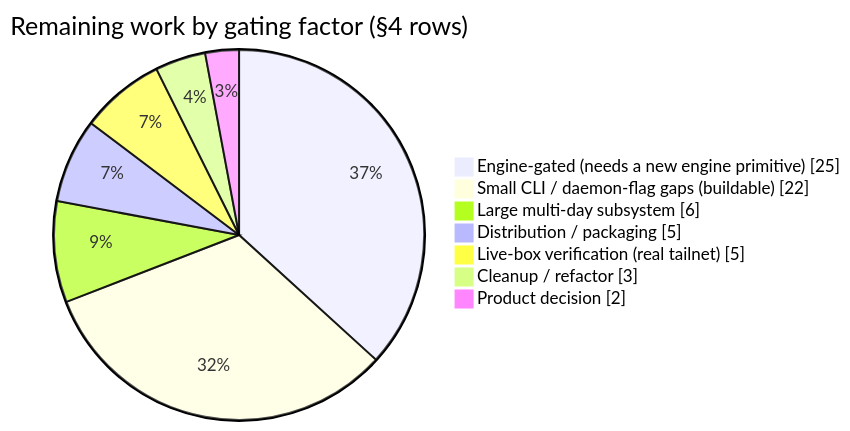
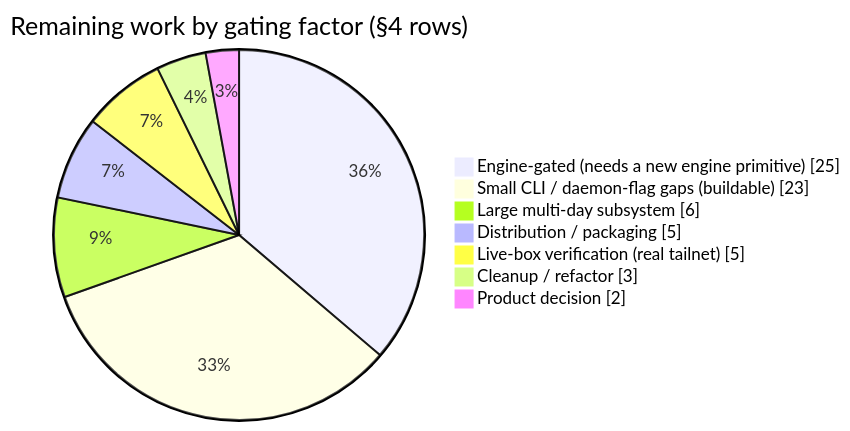
The first of 3 diagrams in docs/PARITY_GAP_ANALYSIS.md (GeiserX/tailscaled-rs), drawn with Mermaid before and after one commit. The commit also changed other lines of this file and 1 other file, not shown here.

````diff
--- a/docs/PARITY_GAP_ANALYSIS.md
+++ b/docs/PARITY_GAP_ANALYSIS.md
@@ -47,11 +55,11 @@
 ```mermaid
 pie showData
     title Remaining work by gating factor (§4 rows)
     "Engine-gated (needs a new engine primitive)" : 25
-    "Small CLI / daemon-flag gaps (buildable)" : 22
+    "Small CLI / daemon-flag gaps (buildable)" : 23
     "Large multi-day subsystem" : 6
     "Distribution / packaging" : 5
     "Live-box verification (real tailnet)" : 5
     "Cleanup / refactor" : 3
     "Product decision" : 2
 ```
````
